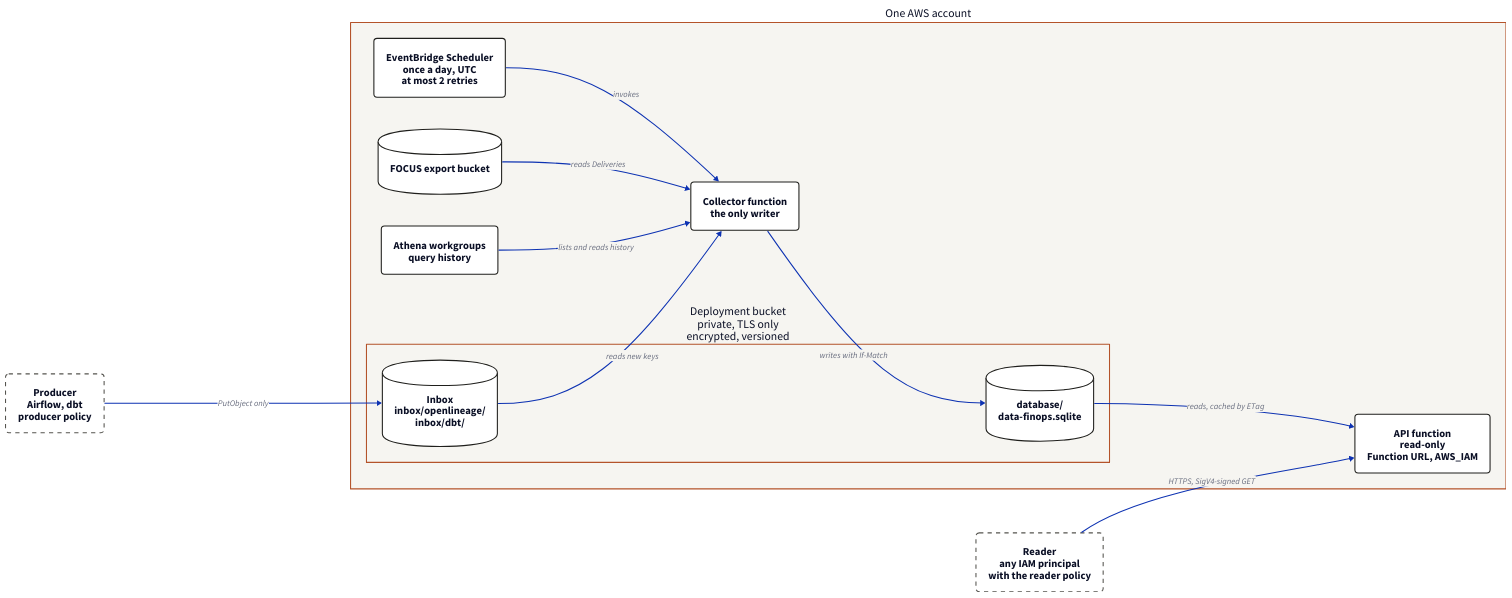
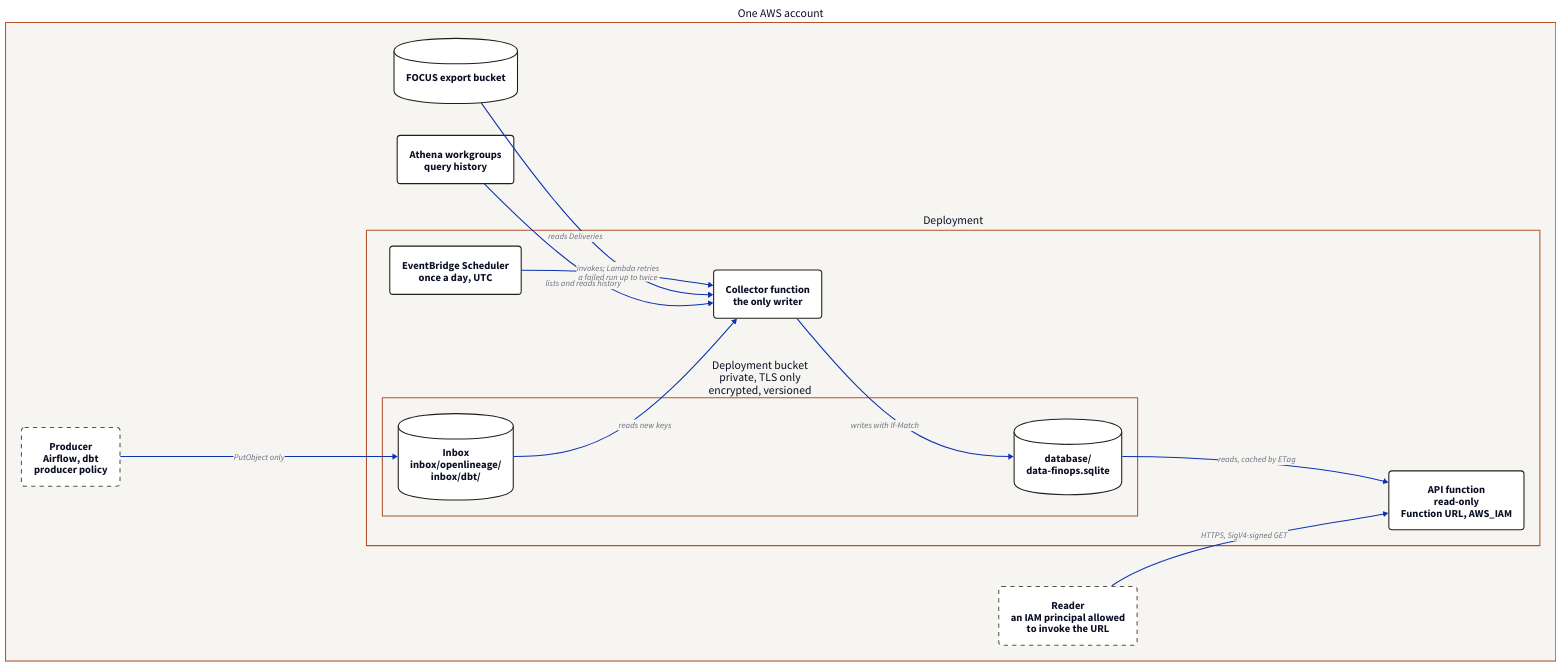
One commit to apmalong/data-finops changed the diagram in docs/architecture/deployment.d2. Above: the diagram before and after it, drawn with D2. The commit also changed 10 other files, not shown here.

```diff
--- a/docs/architecture/deployment.d2
+++ b/docs/architecture/deployment.d2
@@ -1,40 +1,44 @@
 # The AWS Deployment: who reaches what, and across which boundary (spec 08, ADRs 0026-0028).
 # Render: d2 --layout elk docs/architecture/deployment.d2 site/assets/explanation/deployment.svg
 direction: right
 
 classes: {
   part: {style: {fill: "#ffffff"; stroke: "#1f1f1c"; border-radius: 6; font-size: 20}}
   outside: {style: {fill: "#ffffff"; stroke: "#55544f"; border-radius: 6; font-size: 20; stroke-dash: 4}}
   store: {shape: cylinder; style: {fill: "#ffffff"; stroke: "#1f1f1c"; font-size: 20}}
   boundary: {style: {fill: "#f6f5f1"; stroke: "#b4532a"; font-size: 22; stroke-width: 2}}
 }
 
-producer: "Producer\nAirflow, dbt\nproducer policy" {class: outside}
-reader: "Reader\nany IAM principal\nwith the reader policy" {class: outside}
-
 account: "One AWS account" {
   class: boundary
 
-  scheduler: "EventBridge Scheduler\nonce a day, UTC\nat most 2 retries" {class: part}
-  collector: "Collector function\nthe only writer" {class: part}
-  api: "API function\nread-only\nFunction URL, AWS_IAM" {class: part}
+  producer: "Producer\nAirflow, dbt\nproducer policy" {class: outside}
+  reader: "Reader\nan IAM principal allowed\nto invoke the URL" {class: outside}
 
-  bucket: "Deployment bucket\nprivate, TLS only\nencrypted, versioned" {
+  deployment: "Deployment" {
     class: boundary
-    inbox: "Inbox\ninbox/openlineage/\ninbox/dbt/" {class: store}
-    database: "database/\ndata-finops.sqlite" {class: store}
+
+    scheduler: "EventBridge Scheduler\nonce a day, UTC" {class: part}
+    collector: "Collector function\nthe only writer" {class: part}
+    api: "API function\nread-only\nFunction URL, AWS_IAM" {class: part}
+
+    bucket: "Deployment bucket\nprivate, TLS only\nencrypted, versioned" {
+      class: boundary
+      inbox: "Inbox\ninbox/openlineage/\ninbox/dbt/" {class: store}
+      database: "database/\ndata-finops.sqlite" {class: store}
+    }
+
+    scheduler -> collector: "invokes; Lambda retries\na failed run up to twice"
+    collector -> bucket.database: "writes with If-Match"
+    api <- bucket.database: "reads, cached by ETag"
+    collector <- bucket.inbox: "reads new keys"
   }
 
   export: "FOCUS export bucket" {class: store}
   athena: "Athena workgroups\nquery history" {class: part}
 
-  scheduler -> collector: "invokes"
-  collector <- export: "reads Deliveries"
-  collector <- athena: "lists and reads history"
-  collector <- bucket.inbox: "reads new keys"
-  collector -> bucket.database: "writes with If-Match"
-  api <- bucket.database: "reads, cached by ETag"
+  deployment.collector <- export: "reads Deliveries"
+  deployment.collector <- athena: "lists and reads history"
+  producer -> deployment.bucket.inbox: "PutObject only"
+  reader -> deployment.api: "HTTPS, SigV4-signed GET"
 }
-
-producer -> account.bucket.inbox: "PutObject only"
-reader -> account.api: "HTTPS, SigV4-signed GET"
```
